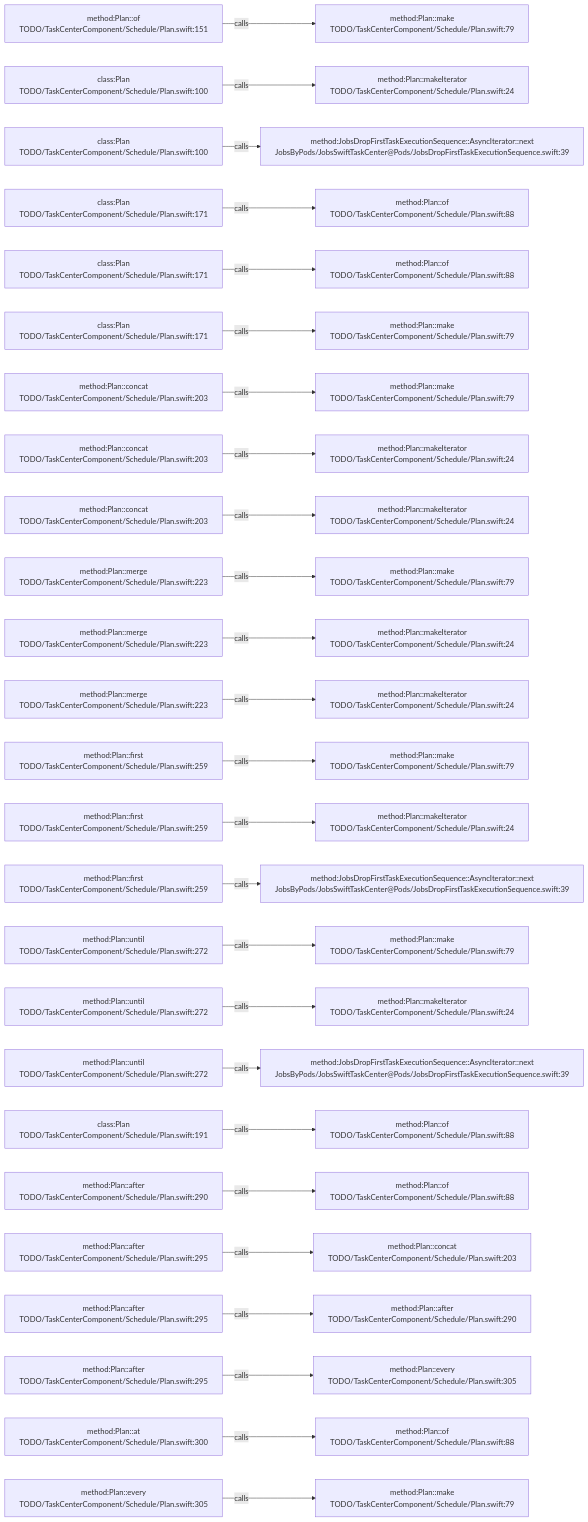
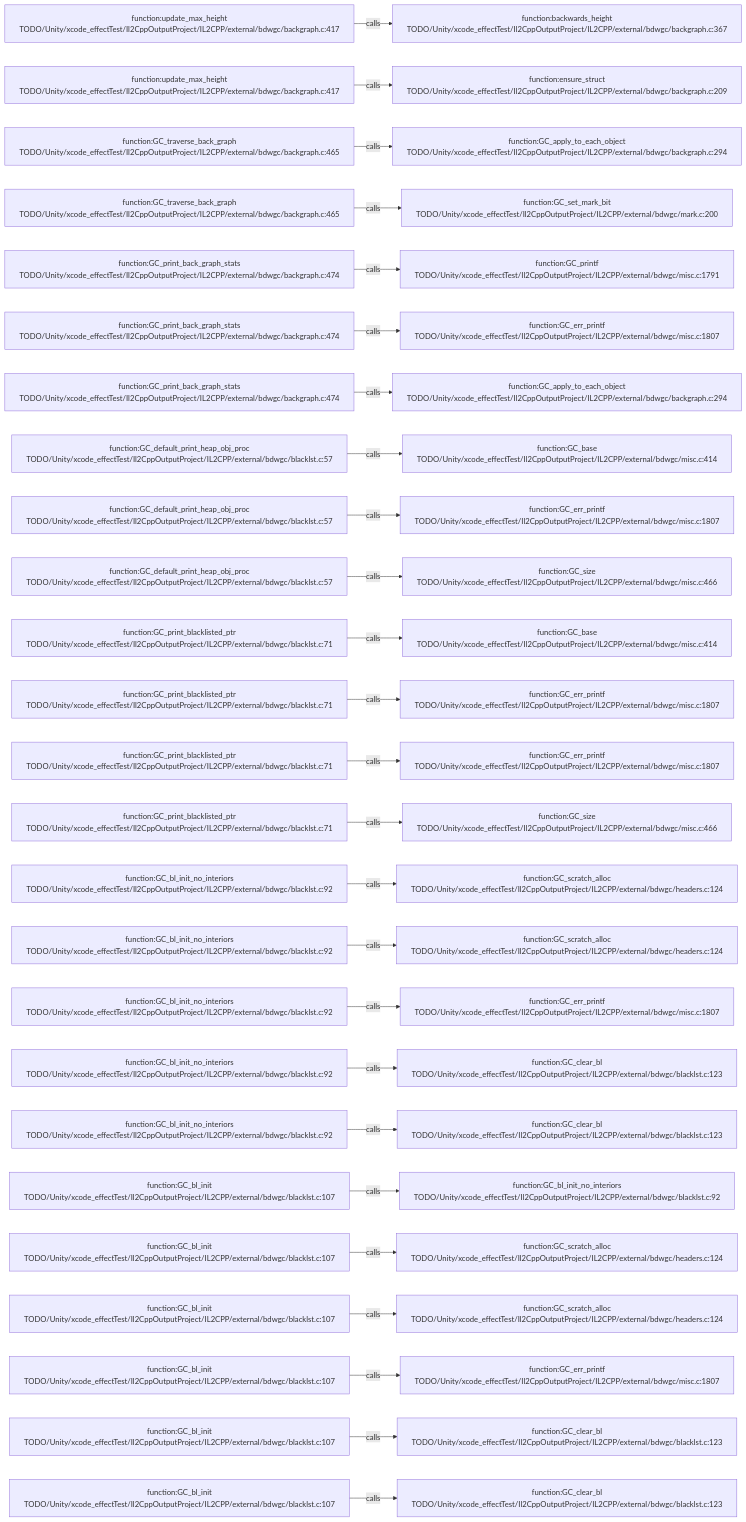
The diagram in .codegraph/codegraph.md/graphs/calls-082.md (JobsKits/JobsSwiftBaseConfigDemo), drawn with Mermaid before and after one commit. The commit also changed 227 other files, not shown here.

````diff
--- a/.codegraph/codegraph.md/graphs/calls-082.md
+++ b/.codegraph/codegraph.md/graphs/calls-082.md
@@ -13,78 +13,78 @@
 ```mermaid
 flowchart LR
-  S1["method:Plan::of<br/>TODO/TaskCenterComponent/Schedule/Plan.swift:151"]
-  T1["method:Plan::make<br/>TODO/TaskCenterComponent/Schedule/Plan.swift:79"]
+  S1["function:update_max_height<br/>TODO/Unity/xcode_effectTest/Il2CppOutputProject/IL2CPP/external/bdwgc/backgraph.c:417"]
+  T1["function:backwards_height<br/>TODO/Unity/xcode_effectTest/Il2CppOutputProject/IL2CPP/external/bdwgc/backgraph.c:367"]
   S1 -->|calls| T1
-  S2["class:Plan<br/>TODO/TaskCenterComponent/Schedule/Plan.swift:100"]
-  T2["method:Plan::makeIterator<br/>TODO/TaskCenterComponent/Schedule/Plan.swift:24"]
+  S2["function:update_max_height<br/>TODO/Unity/xcode_effectTest/Il2CppOutputProject/IL2CPP/external/bdwgc/backgraph.c:417"]
+  T2["function:ensure_struct<br/>TODO/Unity/xcode_effectTest/Il2CppOutputProject/IL2CPP/external/bdwgc/backgraph.c:209"]
   S2 -->|calls| T2
-  S3["class:Plan<br/>TODO/TaskCenterComponent/Schedule/Plan.swift:100"]
-  T3["method:JobsDropFirstTaskExecutionSequence::AsyncIterator::next<br/>JobsByPods/JobsSwiftTaskCenter@Pods/JobsDropFirstTaskExecutionSequence.swift:39"]
+  S3["function:GC_traverse_back_graph<br/>TODO/Unity/xcode_effectTest/Il2CppOutputProject/IL2CPP/external/bdwgc/backgraph.c:465"]
+  T3["function:GC_apply_to_each_object<br/>TODO/Unity/xcode_effectTest/Il2CppOutputProject/IL2CPP/external/bdwgc/backgraph.c:294"]
   S3 -->|calls| T3
-  S4["class:Plan<br/>TODO/TaskCenterComponent/Schedule/Plan.swift:171"]
-  T4["method:Plan::of<br/>TODO/TaskCenterComponent/Schedule/Plan.swift:88"]
+  S4["function:GC_traverse_back_graph<br/>TODO/Unity/xcode_effectTest/Il2CppOutputProject/IL2CPP/external/bdwgc/backgraph.c:465"]
+  T4["function:GC_set_mark_bit<br/>TODO/Unity/xcode_effectTest/Il2CppOutputProject/IL2CPP/external/bdwgc/mark.c:200"]
   S4 -->|calls| T4
-  S5["class:Plan<br/>TODO/TaskCenterComponent/Schedule/Plan.swift:171"]
-  T5["method:Plan::of<br/>TODO/TaskCenterComponent/Schedule/Plan.swift:88"]
+  S5["function:GC_print_back_graph_stats<br/>TODO/Unity/xcode_effectTest/Il2CppOutputProject/IL2CPP/external/bdwgc/backgraph.c:474"]
+  T5["function:GC_printf<br/>TODO/Unity/xcode_effectTest/Il2CppOutputProject/IL2CPP/external/bdwgc/misc.c:1791"]
   S5 -->|calls| T5
-  S6["class:Plan<br/>TODO/TaskCenterComponent/Schedule/Plan.swift:171"]
-  T6["method:Plan::make<br/>TODO/TaskCenterComponent/Schedule/Plan.swift:79"]
+  S6["function:GC_print_back_graph_stats<br/>TODO/Unity/xcode_effectTest/Il2CppOutputProject/IL2CPP/external/bdwgc/backgraph.c:474"]
+  T6["function:GC_err_printf<br/>TODO/Unity/xcode_effectTest/Il2CppOutputProject/IL2CPP/external/bdwgc/misc.c:1807"]
   S6 -->|calls| T6
-  S7["method:Plan::concat<br/>TODO/TaskCenterComponent/Schedule/Plan.swift:203"]
-  T7["method:Plan::make<br/>TODO/TaskCenterComponent/Schedule/Plan.swift:79"]
+  S7["function:GC_print_back_graph_stats<br/>TODO/Unity/xcode_effectTest/Il2CppOutputProject/IL2CPP/external/bdwgc/backgraph.c:474"]
+  T7["function:GC_apply_to_each_object<br/>TODO/Unity/xcode_effectTest/Il2CppOutputProject/IL2CPP/external/bdwgc/backgraph.c:294"]
   S7 -->|calls| T7
-  S8["method:Plan::concat<br/>TODO/TaskCenterComponent/Schedule/Plan.swift:203"]
-  T8["method:Plan::makeIterator<br/>TODO/TaskCenterComponent/Schedule/Plan.swift:24"]
+  S8["function:GC_default_print_heap_obj_proc<br/>TODO/Unity/xcode_effectTest/Il2CppOutputProject/IL2CPP/external/bdwgc/blacklst.c:57"]
+  T8["function:GC_base<br/>TODO/Unity/xcode_effectTest/Il2CppOutputProject/IL2CPP/external/bdwgc/misc.c:414"]
   S8 -->|calls| T8
-  S9["method:Plan::concat<br/>TODO/TaskCenterComponent/Schedule/Plan.swift:203"]
-  T9["method:Plan::makeIterator<br/>TODO/TaskCenterComponent/Schedule/Plan.swift:24"]
+  S9["function:GC_default_print_heap_obj_proc<br/>TODO/Unity/xcode_effectTest/Il2CppOutputProject/IL2CPP/external/bdwgc/blacklst.c:57"]
+  T9["function:GC_err_printf<br/>TODO/Unity/xcode_effectTest/Il2CppOutputProject/IL2CPP/external/bdwgc/misc.c:1807"]
   S9 -->|calls| T9
-  S10["method:Plan::merge<br/>TODO/TaskCenterComponent/Schedule/Plan.swift:223"]
-  T10["method:Plan::make<br/>TODO/TaskCenterComponent/Schedule/Plan.swift:79"]
+  S10["function:GC_default_print_heap_obj_proc<br/>TODO/Unity/xcode_effectTest/Il2CppOutputProject/IL2CPP/external/bdwgc/blacklst.c:57"]
+  T10["function:GC_size<br/>TODO/Unity/xcode_effectTest/Il2CppOutputProject/IL2CPP/external/bdwgc/misc.c:466"]
   S10 -->|calls| T10
-  S11["method:Plan::merge<br/>TODO/TaskCenterComponent/Schedule/Plan.swift:223"]
-  T11["method:Plan::makeIterator<br/>TODO/TaskCenterComponent/Schedule/Plan.swift:24"]
+  S11["function:GC_print_blacklisted_ptr<br/>TODO/Unity/xcode_effectTest/Il2CppOutputProject/IL2CPP/external/bdwgc/blacklst.c:71"]
+  T11["function:GC_base<br/>TODO/Unity/xcode_effectTest/Il2CppOutputProject/IL2CPP/external/bdwgc/misc.c:414"]
   S11 -->|calls| T11
-  S12["method:Plan::merge<br/>TODO/TaskCenterComponent/Schedule/Plan.swift:223"]
-  T12["method:Plan::makeIterator<br/>TODO/TaskCenterComponent/Schedule/Plan.swift:24"]
+  S12["function:GC_print_blacklisted_ptr<br/>TODO/Unity/xcode_effectTest/Il2CppOutputProject/IL2CPP/external/bdwgc/blacklst.c:71"]
+  T12["function:GC_err_printf<br/>TODO/Unity/xcode_effectTest/Il2CppOutputProject/IL2CPP/external/bdwgc/misc.c:1807"]
   S12 -->|calls| T12
-  S13["method:Plan::first<br/>TODO/TaskCenterComponent/Schedule/Plan.swift:259"]
-  T13["method:Plan::make<br/>TODO/TaskCenterComponent/Schedule/Plan.swift:79"]
+  S13["function:GC_print_blacklisted_ptr<br/>TODO/Unity/xcode_effectTest/Il2CppOutputProject/IL2CPP/external/bdwgc/blacklst.c:71"]
+  T13["function:GC_err_printf<br/>TODO/Unity/xcode_effectTest/Il2CppOutputProject/IL2CPP/external/bdwgc/misc.c:1807"]
   S13 -->|calls| T13
-  S14["method:Plan::first<br/>TODO/TaskCenterComponent/Schedule/Plan.swift:259"]
-  T14["method:Plan::makeIterator<br/>TODO/TaskCenterComponent/Schedule/Plan.swift:24"]
+  S14["function:GC_print_blacklisted_ptr<br/>TODO/Unity/xcode_effectTest/Il2CppOutputProject/IL2CPP/external/bdwgc/blacklst.c:71"]
+  T14["function:GC_size<br/>TODO/Unity/xcode_effectTest/Il2CppOutputProject/IL2CPP/external/bdwgc/misc.c:466"]
   S14 -->|calls| T14
-  S15["method:Plan::first<br/>TODO/TaskCenterComponent/Schedule/Plan.swift:259"]
-  T15["method:JobsDropFirstTaskExecutionSequence::AsyncIterator::next<br/>JobsByPods/JobsSwiftTaskCenter@Pods/JobsDropFirstTaskExecutionSequence.swift:39"]
+  S15["function:GC_bl_init_no_interiors<br/>TODO/Unity/xcode_effectTest/Il2CppOutputProject/IL2CPP/external/bdwgc/blacklst.c:92"]
+  T15["function:GC_scratch_alloc<br/>TODO/Unity/xcode_effectTest/Il2CppOutputProject/IL2CPP/external/bdwgc/headers.c:124"]
   S15 -->|calls| T15
-  S16["method:Plan::until<br/>TODO/TaskCenterComponent/Schedule/Plan.swift:272"]
-  T16["method:Plan::make<br/>TODO/TaskCenterComponent/Schedule/Plan.swift:79"]
+  S16["function:GC_bl_init_no_interiors<br/>TODO/Unity/xcode_effectTest/Il2CppOutputProject/IL2CPP/external/bdwgc/blacklst.c:92"]
+  T16["function:GC_scratch_alloc<br/>TODO/Unity/xcode_effectTest/Il2CppOutputProject/IL2CPP/external/bdwgc/headers.c:124"]
   S16 -->|calls| T16
-  S17["method:Plan::until<br/>TODO/TaskCenterComponent/Schedule/Plan.swift:272"]
-  T17["method:Plan::makeIterator<br/>TODO/TaskCenterComponent/Schedule/Plan.swift:24"]
+  S17["function:GC_bl_init_no_interiors<br/>TODO/Unity/xcode_effectTest/Il2CppOutputProject/IL2CPP/external/bdwgc/blacklst.c:92"]
+  T17["function:GC_err_printf<br/>TODO/Unity/xcode_effectTest/Il2CppOutputProject/IL2CPP/external/bdwgc/misc.c:1807"]
   S17 -->|calls| T17
-  S18["method:Plan::until<br/>TODO/TaskCenterComponent/Schedule/Plan.swift:272"]
-  T18["method:JobsDropFirstTaskExecutionSequence::AsyncIterator::next<br/>JobsByPods/JobsSwiftTaskCenter@Pods/JobsDropFirstTaskExecutionSequence.swift:39"]
+  S18["function:GC_bl_init_no_interiors<br/>TODO/Unity/xcode_effectTest/Il2CppOutputProject/IL2CPP/external/bdwgc/blacklst.c:92"]
+  T18["function:GC_clear_bl<br/>TODO/Unity/xcode_effectTest/Il2CppOutputProject/IL2CPP/external/bdwgc/blacklst.c:123"]
   S18 -->|calls| T18
-  S19["class:Plan<br/>TODO/TaskCenterComponent/Schedule/Plan.swift:191"]
-  T19["method:Plan::of<br/>TODO/TaskCenterComponent/Schedule/Plan.swift:88"]
+  S19["function:GC_bl_init_no_interiors<br/>TODO/Unity/xcode_effectTest/Il2CppOutputProject/IL2CPP/external/bdwgc/blacklst.c:92"]
+  T19["function:GC_clear_bl<br/>TODO/Unity/xcode_effectTest/Il2CppOutputProject/IL2CPP/external/bdwgc/blacklst.c:123"]
   S19 -->|calls| T19
-  S20["method:Plan::after<br/>TODO/TaskCenterComponent/Schedule/Plan.swift:290"]
-  T20["method:Plan::of<br/>TODO/TaskCenterComponent/Schedule/Plan.swift:88"]
+  S20["function:GC_bl_init<br/>TODO/Unity/xcode_effectTest/Il2CppOutputProject/IL2CPP/external/bdwgc/blacklst.c:107"]
+  T20["function:GC_bl_init_no_interiors<br/>TODO/Unity/xcode_effectTest/Il2CppOutputProject/IL2CPP/external/bdwgc/blacklst.c:92"]
   S20 -->|calls| T20
-  S21["method:Plan::after<br/>TODO/TaskCenterComponent/Schedule/Plan.swift:295"]
-  T21["method:Plan::concat<br/>TODO/TaskCenterComponent/Schedule/Plan.swift:203"]
+  S21["function:GC_bl_init<br/>TODO/Unity/xcode_effectTest/Il2CppOutputProject/IL2CPP/external/bdwgc/blacklst.c:107"]
+  T21["function:GC_scratch_alloc<br/>TODO/Unity/xcode_effectTest/Il2CppOutputProject/IL2CPP/external/bdwgc/headers.c:124"]
   S21 -->|calls| T21
-  S22["method:Plan::after<br/>TODO/TaskCenterComponent/Schedule/Plan.swift:295"]
-  T22["method:Plan::after<br/>TODO/TaskCenterComponent/Schedule/Plan.swift:290"]
+  S22["function:GC_bl_init<br/>TODO/Unity/xcode_effectTest/Il2CppOutputProject/IL2CPP/external/bdwgc/blacklst.c:107"]
+  T22["function:GC_scratch_alloc<br/>TODO/Unity/xcode_effectTest/Il2CppOutputProject/IL2CPP/external/bdwgc/headers.c:124"]
   S22 -->|calls| T22
-  S23["method:Plan::after<br/>TODO/TaskCenterComponent/Schedule/Plan.swift:295"]
-  T23["method:Plan::every<br/>TODO/TaskCenterComponent/Schedule/Plan.swift:305"]
+  S23["function:GC_bl_init<br/>TODO/Unity/xcode_effectTest/Il2CppOutputProject/IL2CPP/external/bdwgc/blacklst.c:107"]
+  T23["function:GC_err_printf<br/>TODO/Unity/xcode_effectTest/Il2CppOutputProject/IL2CPP/external/bdwgc/misc.c:1807"]
   S23 -->|calls| T23
-  S24["method:Plan::at<br/>TODO/TaskCenterComponent/Schedule/Plan.swift:300"]
-  T24["method:Plan::of<br/>TODO/TaskCenterComponent/Schedule/Plan.swift:88"]
+  S24["function:GC_bl_init<br/>TODO/Unity/xcode_effectTest/Il2CppOutputProject/IL2CPP/external/bdwgc/blacklst.c:107"]
+  T24["function:GC_clear_bl<br/>TODO/Unity/xcode_effectTest/Il2CppOutputProject/IL2CPP/external/bdwgc/blacklst.c:123"]
   S24 -->|calls| T24
-  S25["method:Plan::every<br/>TODO/TaskCenterComponent/Schedule/Plan.swift:305"]
-  T25["method:Plan::make<br/>TODO/TaskCenterComponent/Schedule/Plan.swift:79"]
+  S25["function:GC_bl_init<br/>TODO/Unity/xcode_effectTest/Il2CppOutputProject/IL2CPP/external/bdwgc/blacklst.c:107"]
+  T25["function:GC_clear_bl<br/>TODO/Unity/xcode_effectTest/Il2CppOutputProject/IL2CPP/external/bdwgc/blacklst.c:123"]
   S25 -->|calls| T25
 ```
````
